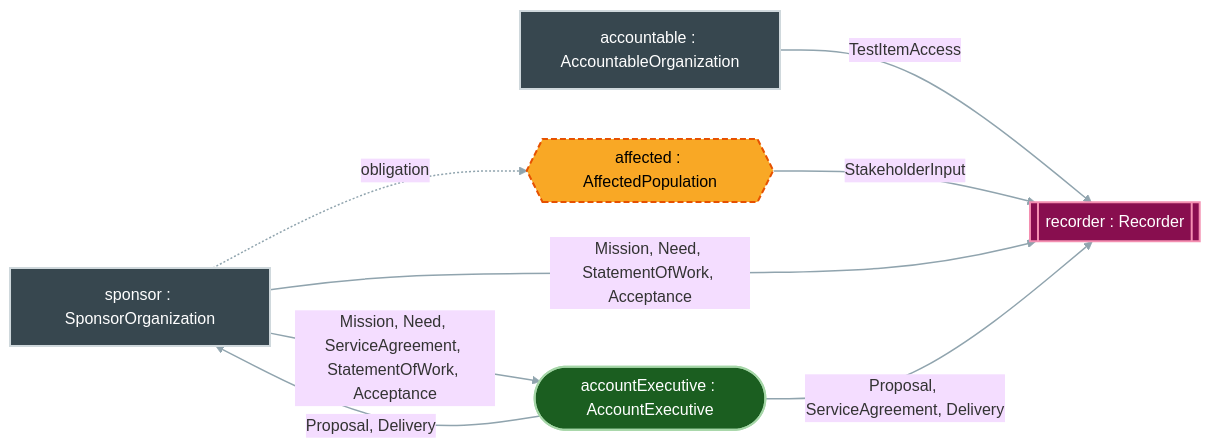
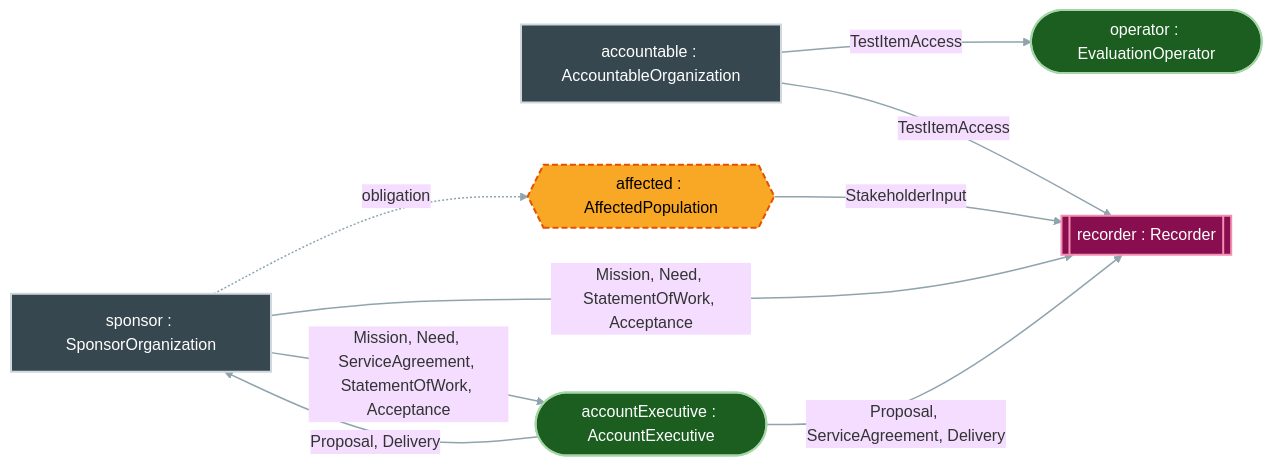
Before and after one commit to DynamicalSystemsGroup/og-caie-spec: the diagram in generated/wiring-contracting.md, drawn with Mermaid (base theme). The commit also changed 16 other files, not shown here.

Commit message:
Walkthrough B2: the access grant also reaches the evaluation operator (accessToOperatorSeam); block validated

````diff
--- a/generated/wiring-contracting.md
+++ b/generated/wiring-contracting.md
@@ -1,24 +1,26 @@
 ```{mermaid}
 flowchart LR
   accountable["accountable : AccountableOrganization"]
   affected{{"affected : AffectedPopulation"}}
   sponsor["sponsor : SponsorOrganization"]
   testingOrg_accountExecutive(["accountExecutive : AccountExecutive"])
   testingOrg_recorder[["recorder : Recorder"]]
+  testingOrg_team_operator(["operator : EvaluationOperator"])
   accountable -- "TestItemAccess" --> testingOrg_recorder
+  accountable -- "TestItemAccess" --> testingOrg_team_operator
   affected -- "StakeholderInput" --> testingOrg_recorder
   sponsor -- "Mission, Need, ServiceAgreement, StatementOfWork, Acceptance" --> testingOrg_accountExecutive
   sponsor -- "Mission, Need, StatementOfWork, Acceptance" --> testingOrg_recorder
   testingOrg_accountExecutive -- "Proposal, Delivery" --> sponsor
   testingOrg_accountExecutive -- "Proposal, ServiceAgreement, Delivery" --> testingOrg_recorder
   sponsor -. "obligation" .-> affected
   classDef person fill:#1b5e20,stroke:#a5d6a7,stroke-width:2px,color:#ffffff;
   classDef machine fill:#880e4f,stroke:#f48fb1,stroke-width:2px,color:#ffffff;
   classDef party fill:#f9a825,stroke:#e65100,stroke-width:2px,stroke-dasharray: 6 3,color:#000000;
   classDef organization fill:#37474f,stroke:#cfd8dc,stroke-width:2px,color:#ffffff;
   linkStyle default stroke:#90a4ae,stroke-width:1.5px;
-  class testingOrg_accountExecutive person;
+  class testingOrg_accountExecutive,testingOrg_team_operator person;
   class testingOrg_recorder machine;
   class affected party;
   class accountable,sponsor organization;
 ```
````
